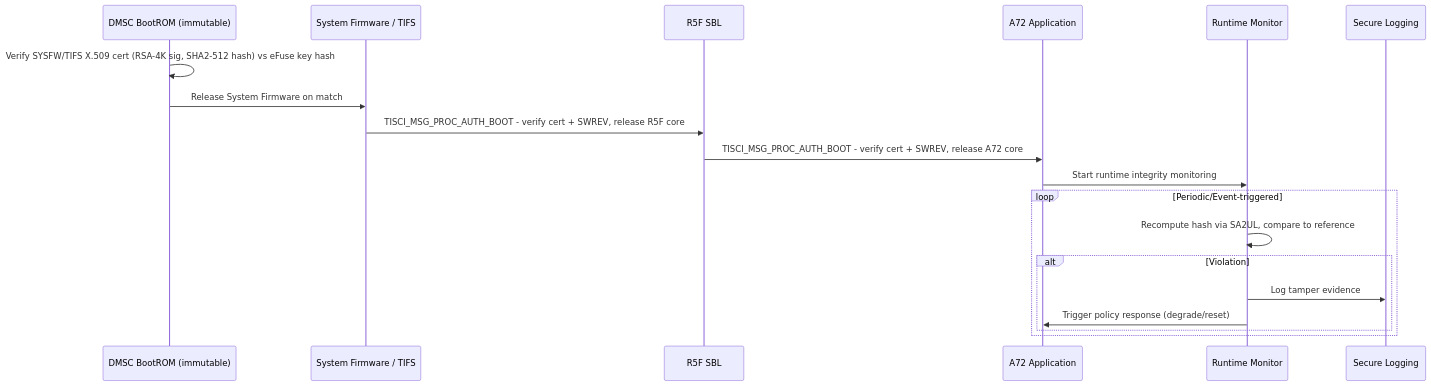
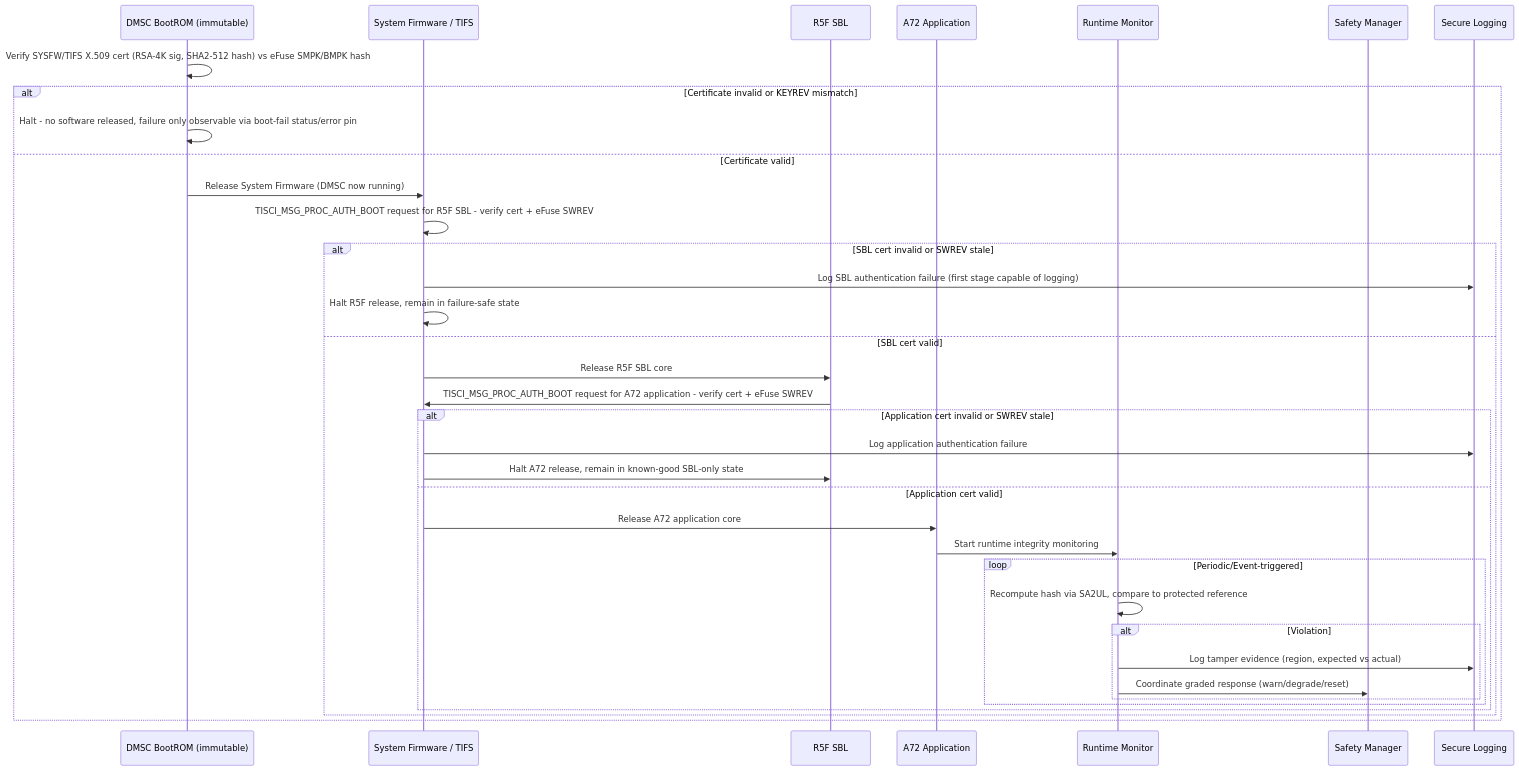
The third of 3 diagrams in TDA4VM_Secure_Authentic_Boot_Runtime_Integrity_Requirements.md (vinodneelakantam/Sec_Concepts_Req_tracability), drawn with Mermaid before and after one commit. The commit also changed other lines of this file and 8 other files, not shown here.

````diff
--- a/TDA4VM_Secure_Authentic_Boot_Runtime_Integrity_Requirements.md
+++ b/TDA4VM_Secure_Authentic_Boot_Runtime_Integrity_Requirements.md
@@ -115,22 +115,39 @@
 ```mermaid
 sequenceDiagram
   participant ROM as DMSC BootROM (immutable)
   participant SF as System Firmware / TIFS
   participant SBL as R5F SBL
   participant APP as A72 Application
   participant MON as Runtime Monitor
+  participant SAFE as Safety Manager
   participant LOG as Secure Logging
 
-  ROM->>ROM: Verify SYSFW/TIFS X.509 cert (RSA-4K sig, SHA2-512 hash) vs eFuse key hash
-  ROM->>SF: Release System Firmware on match
-  SF->>SBL: TISCI_MSG_PROC_AUTH_BOOT - verify cert + SWREV, release R5F core
-  SBL->>APP: TISCI_MSG_PROC_AUTH_BOOT - verify cert + SWREV, release A72 core
-  APP->>MON: Start runtime integrity monitoring
-  loop Periodic/Event-triggered
-    MON->>MON: Recompute hash via SA2UL, compare to reference
-    alt Violation
-      MON->>LOG: Log tamper evidence
-      MON->>APP: Trigger policy response (degrade/reset)
+  ROM->>ROM: Verify SYSFW/TIFS X.509 cert (RSA-4K sig, SHA2-512 hash) vs eFuse SMPK/BMPK hash
+  alt Certificate invalid or KEYREV mismatch
+    ROM->>ROM: Halt - no software released, failure only observable via boot-fail status/error pin
+  else Certificate valid
+    ROM->>SF: Release System Firmware (DMSC now running)
+    SF->>SF: TISCI_MSG_PROC_AUTH_BOOT request for R5F SBL - verify cert + eFuse SWREV
+    alt SBL cert invalid or SWREV stale
+      SF->>LOG: Log SBL authentication failure (first stage capable of logging)
+      SF->>SF: Halt R5F release, remain in failure-safe state
+    else SBL cert valid
+      SF->>SBL: Release R5F SBL core
+      SBL->>SF: TISCI_MSG_PROC_AUTH_BOOT request for A72 application - verify cert + eFuse SWREV
+      alt Application cert invalid or SWREV stale
+        SF->>LOG: Log application authentication failure
+        SF->>SBL: Halt A72 release, remain in known-good SBL-only state
+      else Application cert valid
+        SF->>APP: Release A72 application core
+        APP->>MON: Start runtime integrity monitoring
+        loop Periodic/Event-triggered
+          MON->>MON: Recompute hash via SA2UL, compare to protected reference
+          alt Violation
+            MON->>LOG: Log tamper evidence (region, expected vs actual)
+            MON->>SAFE: Coordinate graded response (warn/degrade/reset)
+          end
+        end
+      end
     end
   end
 ```
````
